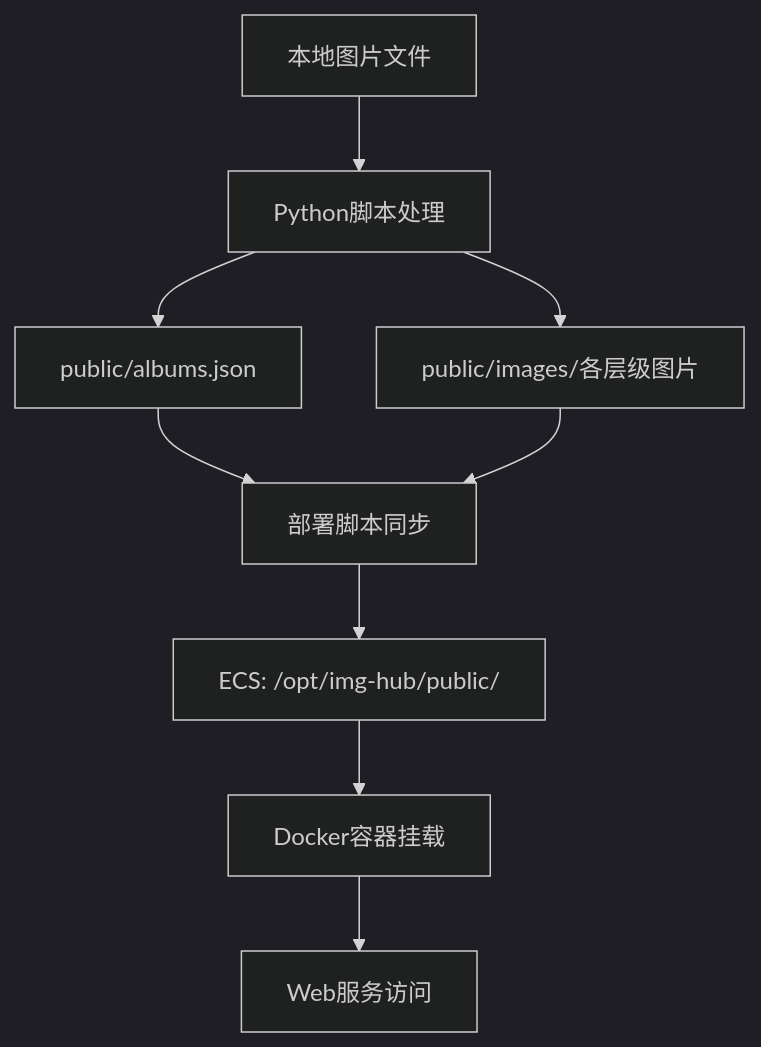
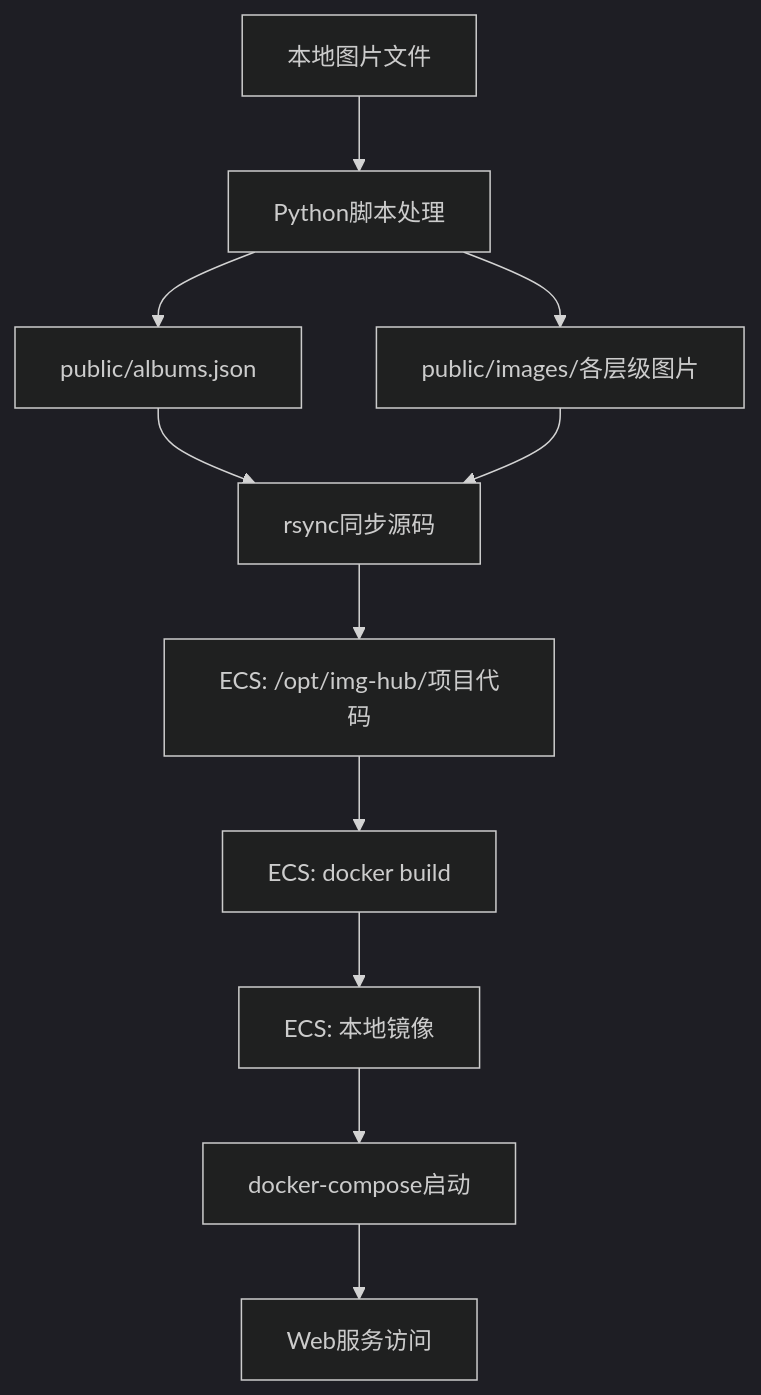
One commit to wangbar0133/img-hub changed the second of 2 diagrams in scripts/README.md. Above: the diagram before and after it, drawn with Mermaid (dark theme). The commit also changed other lines of this file and 2 other files, not shown here.

````diff
--- a/scripts/README.md
+++ b/scripts/README.md
@@ -180,11 +213,13 @@
 ```mermaid
 graph TD
     A[本地图片文件] --> B[Python脚本处理]
     B --> C[public/albums.json]
     B --> D[public/images/各层级图片]
-    C --> E[部署脚本同步]
+    C --> E[rsync同步源码]
     D --> E
-    E --> F[ECS: /opt/img-hub/public/]
-    F --> G[Docker容器挂载]
-    G --> H[Web服务访问]
+    E --> F[ECS: /opt/img-hub/项目代码]
+    F --> G[ECS: docker build]
+    G --> H[ECS: 本地镜像]
+    H --> I[docker-compose启动]
+    I --> J[Web服务访问]
 ```
````
